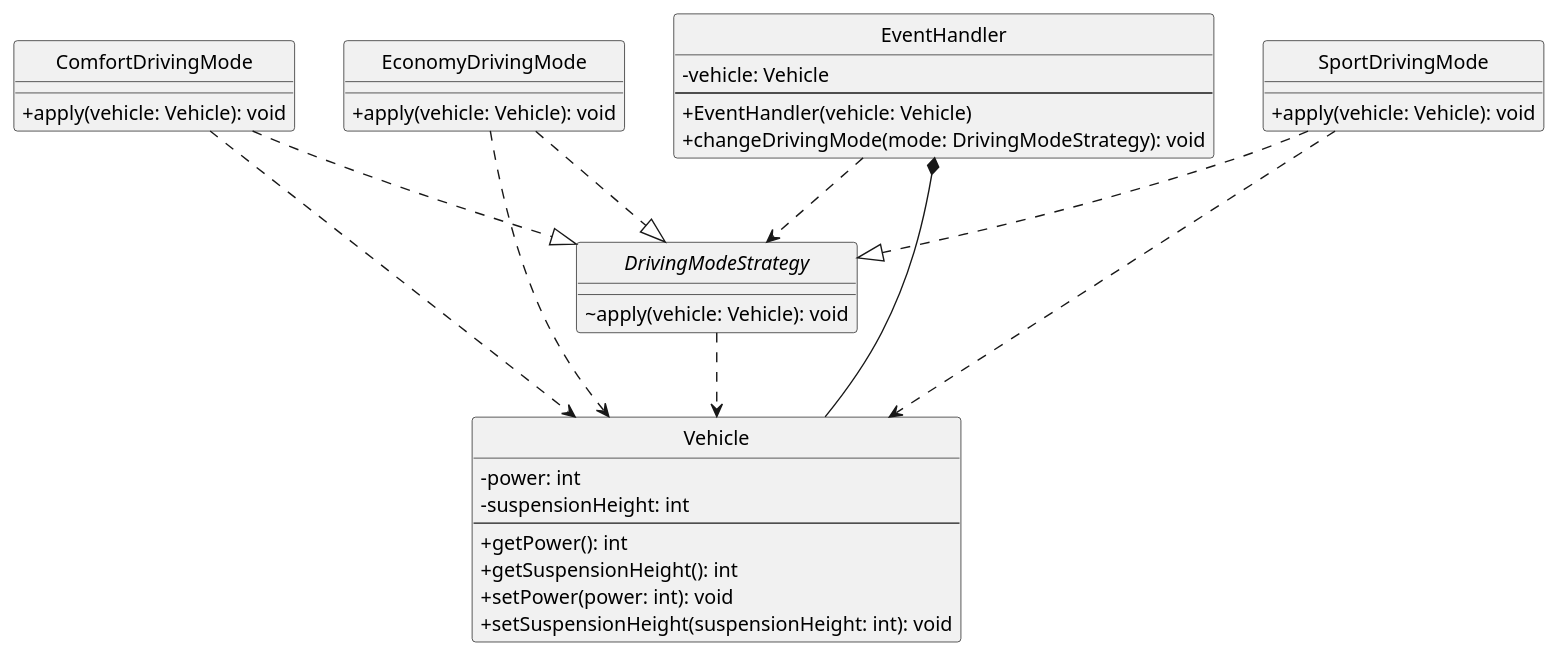
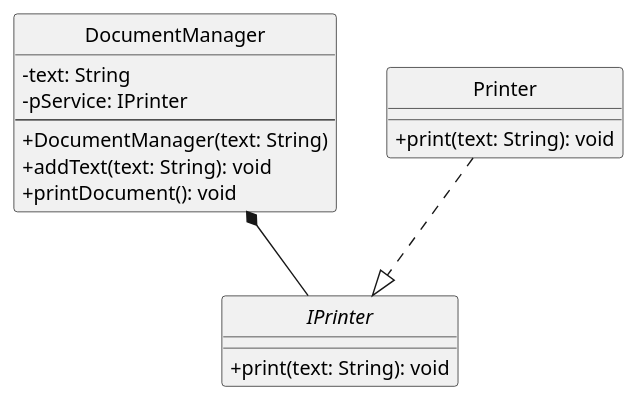
Before and after one commit to Group06-SwDA/AY-25-26-exercises: the diagram in output/compliant.puml, drawn with PlantUML. The commit also changed other lines of this file and 6 other files, not shown here.

```diff
--- a/output/compliant.puml
+++ b/output/compliant.puml
@@ -6,47 +6,24 @@
 @startuml
 skinparam classAttributeIconSize 0
 hide circle
 
-class ComfortDrivingMode {
-  +apply(vehicle: Vehicle): void
+class DocumentManager {
+  -text: String
+  -pService: IPrinter
+  --
+  +DocumentManager(text: String)
+  +addText(text: String): void
+  +printDocument(): void
 }
 
-interface DrivingModeStrategy {
-  ~apply(vehicle: Vehicle): void
+interface IPrinter {
+  +print(text: String): void
 }
 
-class EconomyDrivingMode {
-  +apply(vehicle: Vehicle): void
+class Printer {
+  +print(text: String): void
 }
 
-class EventHandler {
-  -vehicle: Vehicle
-  --
-  +EventHandler(vehicle: Vehicle)
-  +changeDrivingMode(mode: DrivingModeStrategy): void
-}
-
-class SportDrivingMode {
-  +apply(vehicle: Vehicle): void
-}
-
-class Vehicle {
-  -power: int
-  -suspensionHeight: int
-  --
-  +getPower(): int
-  +getSuspensionHeight(): int
-  +setPower(power: int): void
-  +setSuspensionHeight(suspensionHeight: int): void
-}
-
-ComfortDrivingMode ..|> DrivingModeStrategy
-ComfortDrivingMode ..> Vehicle
-DrivingModeStrategy ..> Vehicle
-EconomyDrivingMode ..|> DrivingModeStrategy
-EconomyDrivingMode ..> Vehicle
-EventHandler *-- Vehicle
-EventHandler ..> DrivingModeStrategy
-SportDrivingMode ..|> DrivingModeStrategy
-SportDrivingMode ..> Vehicle
+DocumentManager *-- IPrinter
+Printer ..|> IPrinter
 @enduml
```
